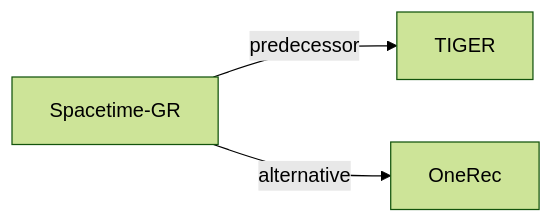
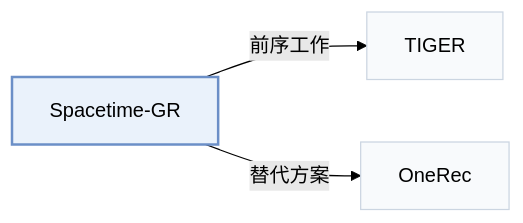
One commit to Galaxy-ghost/Awesome-SID-Generative-Rec changed the second of 2 diagrams in pages/zh/papers/spacetime-gr.md. Above: the diagram before and after it, drawn with Mermaid (forest theme). The commit also changed other lines of this file and 649 other files, not shown here.

Commit message:
writer-05: also tags and modality index (schema, check, build, visuals); summary field removed; calibration data for 12 papers

````diff
--- a/pages/zh/papers/spacetime-gr.md
+++ b/pages/zh/papers/spacetime-gr.md
@@ -69,6 +74,10 @@
 ```mermaid
 flowchart LR
     P["Spacetime-GR"]
-    P -->|predecessor| A["TIGER"]
-    P -->|alternative| B["OneRec"]
+    P -->|"前序工作"| A["TIGER"]
+    P -->|"替代方案"| B["OneRec"]
+    classDef main fill:#eaf2fb,stroke:#6b8fc7,stroke-width:2px
+    classDef peer fill:#f8fafc,stroke:#cbd5e1
+    class P main
+    class A,B peer
 ```
````
